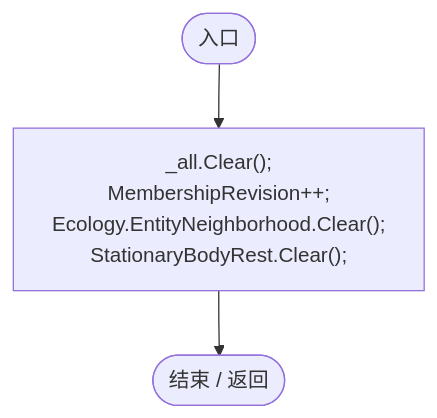
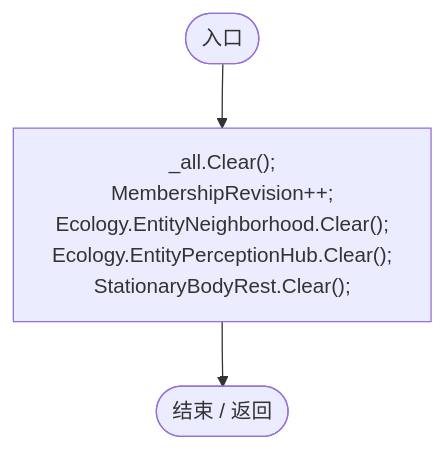
One commit to xhs6666/Darwin_paradise changed the sixth of 6 diagrams in Docs/运行流程图/脚本/2093aaf08559c9f2.md. Above: the diagram before and after it, drawn with Mermaid. The commit also changed other lines of this file and 219 other files, not shown here.

````diff
--- a/Docs/运行流程图/脚本/2093aaf08559c9f2.md
+++ b/Docs/运行流程图/脚本/2093aaf08559c9f2.md
@@ -154,9 +156,9 @@
 ```mermaid
 flowchart TD
   b0(["入口"])
-  b1["_all.Clear();<br/>MembershipRevision++;<br/>Ecology.EntityNeighborhood.Clear();<br/>StationaryBodyRest.Clear();"]
+  b1["_all.Clear();<br/>MembershipRevision++;<br/>Ecology.EntityNeighborhood.Clear();<br/>Ecology.EntityPerceptionHub.Clear();<br/>StationaryBodyRest.Clear();"]
   b2(["结束 / 返回"])
   b0 --> b1
   b1 --> b2
 
 ```
````
